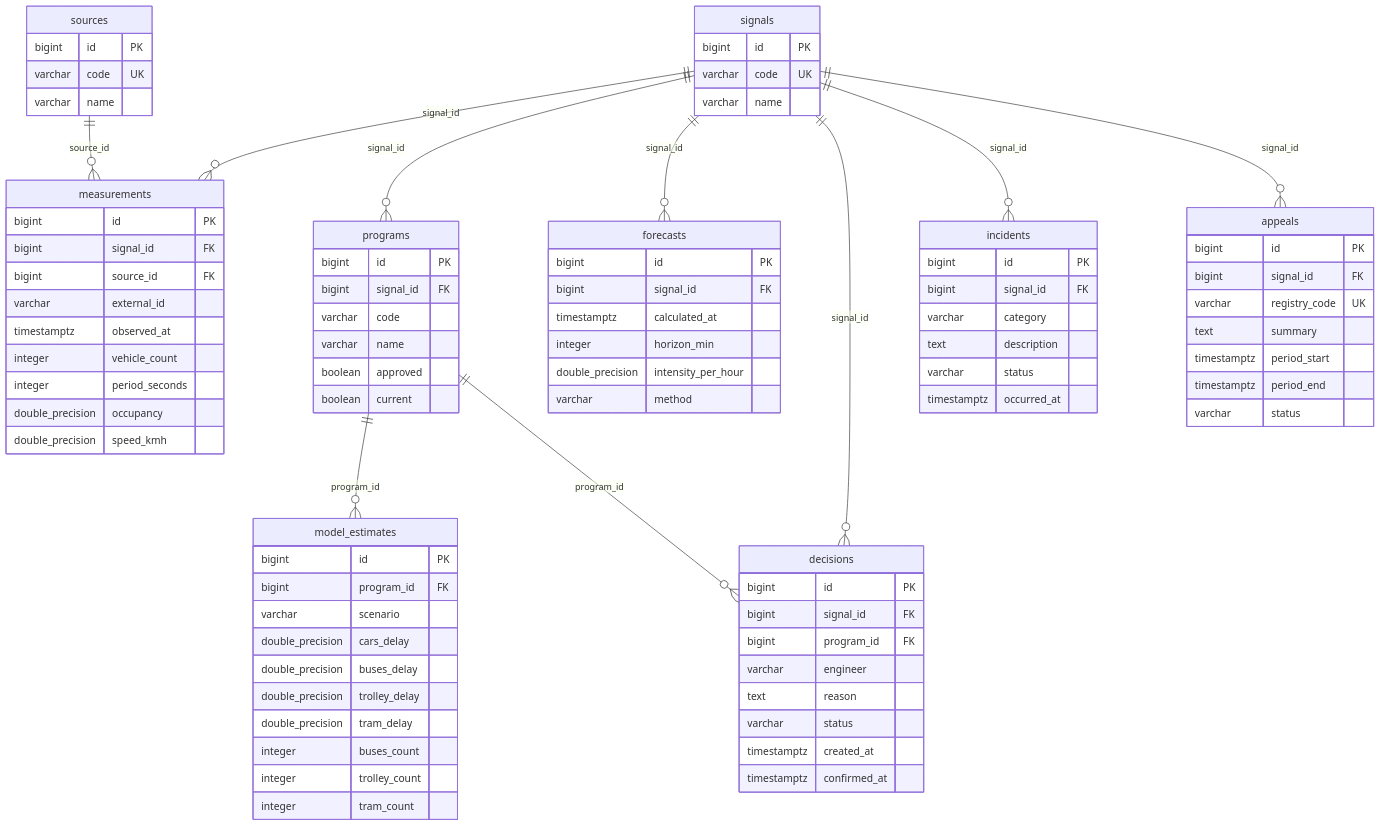
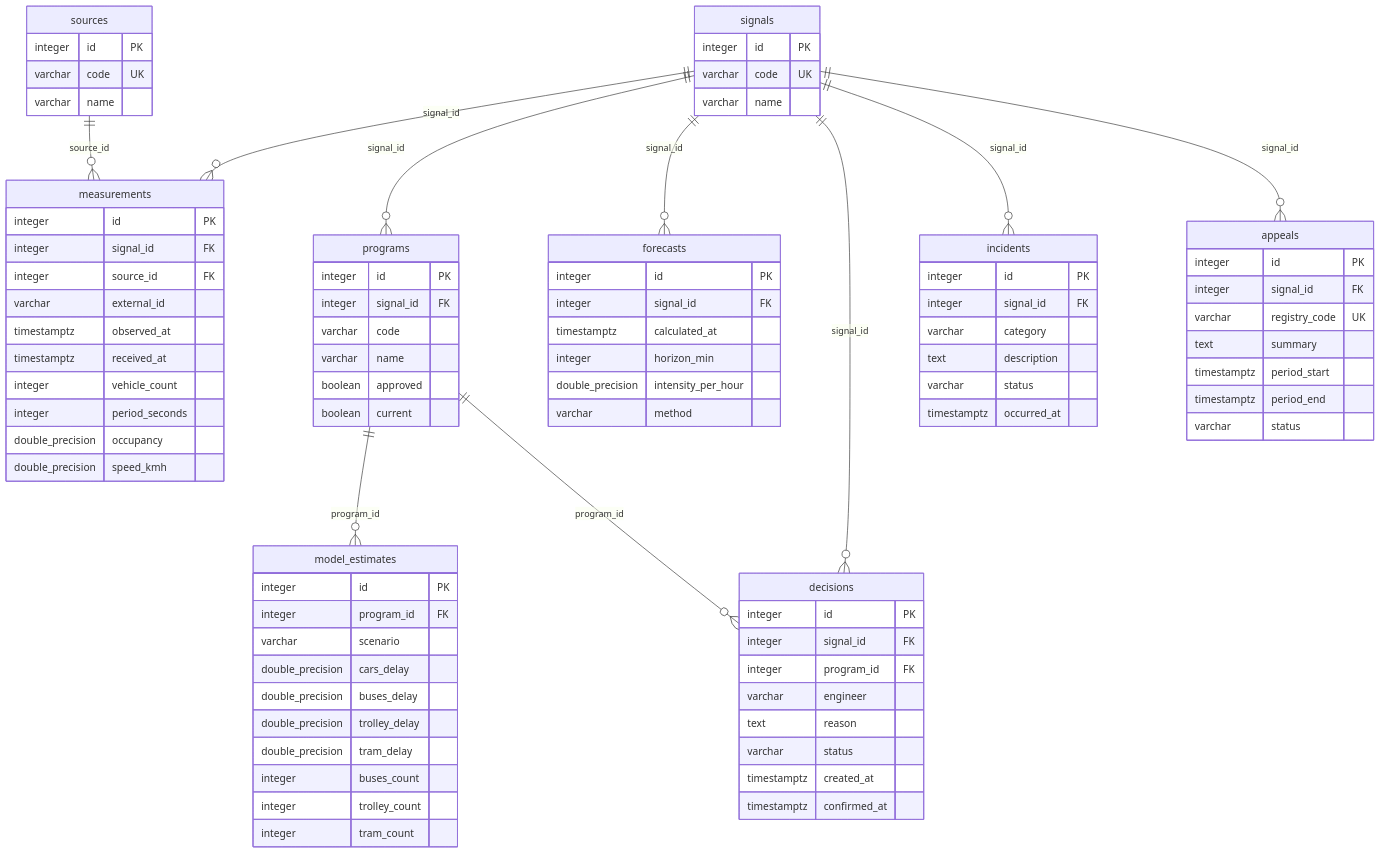
One commit to glamurplanet/USUDT changed the second of 2 diagrams in docs/DATA_MODEL.md. Above: the diagram before and after it, drawn with Mermaid. The commit also changed other lines of this file, not shown here.

Commit message:
Align physical data model with ORM schema

````diff
--- a/docs/DATA_MODEL.md
+++ b/docs/DATA_MODEL.md
@@ -24,37 +24,38 @@
 ```mermaid
 erDiagram
     signals {
-      bigint id PK
+      integer id PK
       varchar code UK
       varchar name
     }
     sources {
-      bigint id PK
+      integer id PK
       varchar code UK
       varchar name
     }
     measurements {
-      bigint id PK
-      bigint signal_id FK
-      bigint source_id FK
+      integer id PK
+      integer signal_id FK
+      integer source_id FK
       varchar external_id
       timestamptz observed_at
+      timestamptz received_at
       integer vehicle_count
       integer period_seconds
       double_precision occupancy
       double_precision speed_kmh
     }
     programs {
-      bigint id PK
-      bigint signal_id FK
+      integer id PK
+      integer signal_id FK
       varchar code
       varchar name
       boolean approved
       boolean current
     }
     model_estimates {
-      bigint id PK
-      bigint program_id FK
+      integer id PK
+      integer program_id FK
       varchar scenario
       double_precision cars_delay
       double_precision buses_delay
@@ -65,17 +66,17 @@
       integer tram_count
     }
     forecasts {
-      bigint id PK
-      bigint signal_id FK
+      integer id PK
+      integer signal_id FK
       timestamptz calculated_at
       integer horizon_min
       double_precision intensity_per_hour
       varchar method
     }
     decisions {
-      bigint id PK
-      bigint signal_id FK
-      bigint program_id FK
+      integer id PK
+      integer signal_id FK
+      integer program_id FK
       varchar engineer
       text reason
       varchar status
@@ -83,16 +84,16 @@
       timestamptz confirmed_at
     }
     incidents {
-      bigint id PK
-      bigint signal_id FK
+      integer id PK
+      integer signal_id FK
       varchar category
       text description
       varchar status
       timestamptz occurred_at
     }
     appeals {
-      bigint id PK
-      bigint signal_id FK
+      integer id PK
+      integer signal_id FK
       varchar registry_code UK
       text summary
       timestamptz period_start
````
